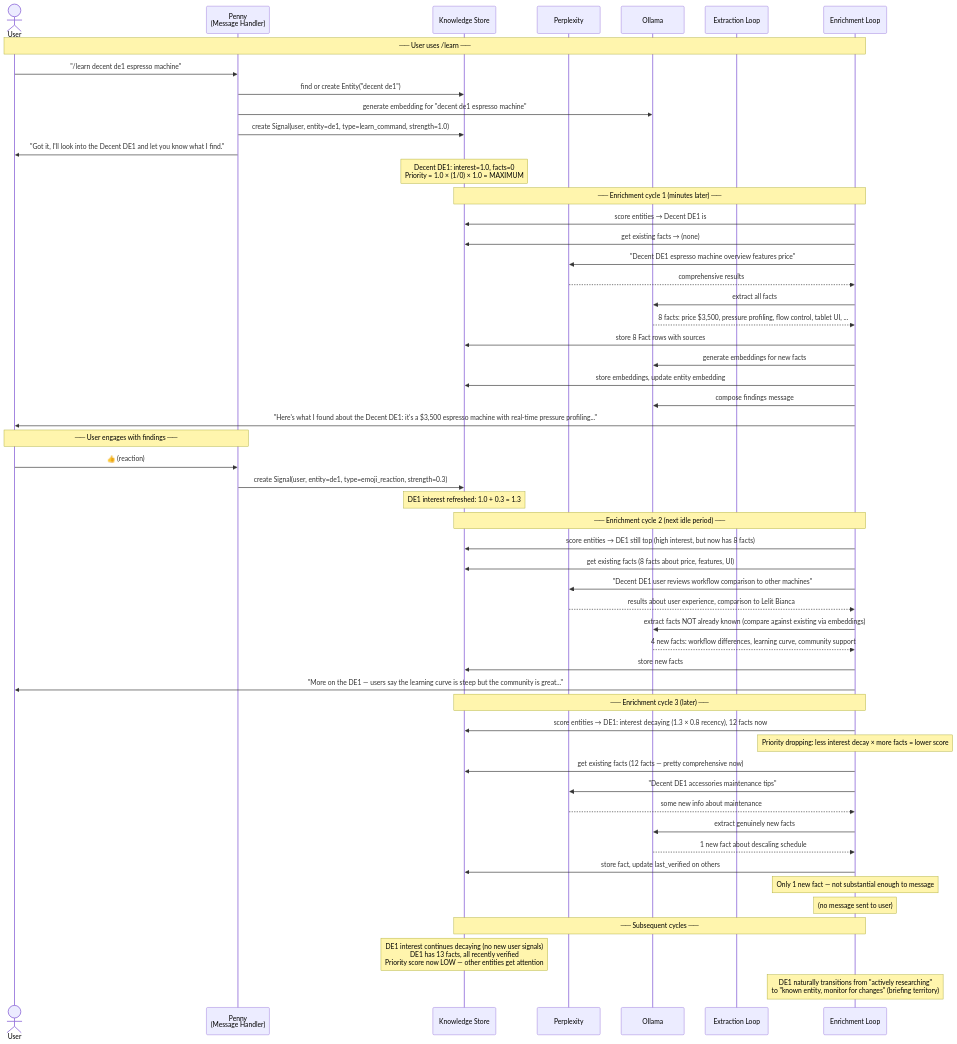
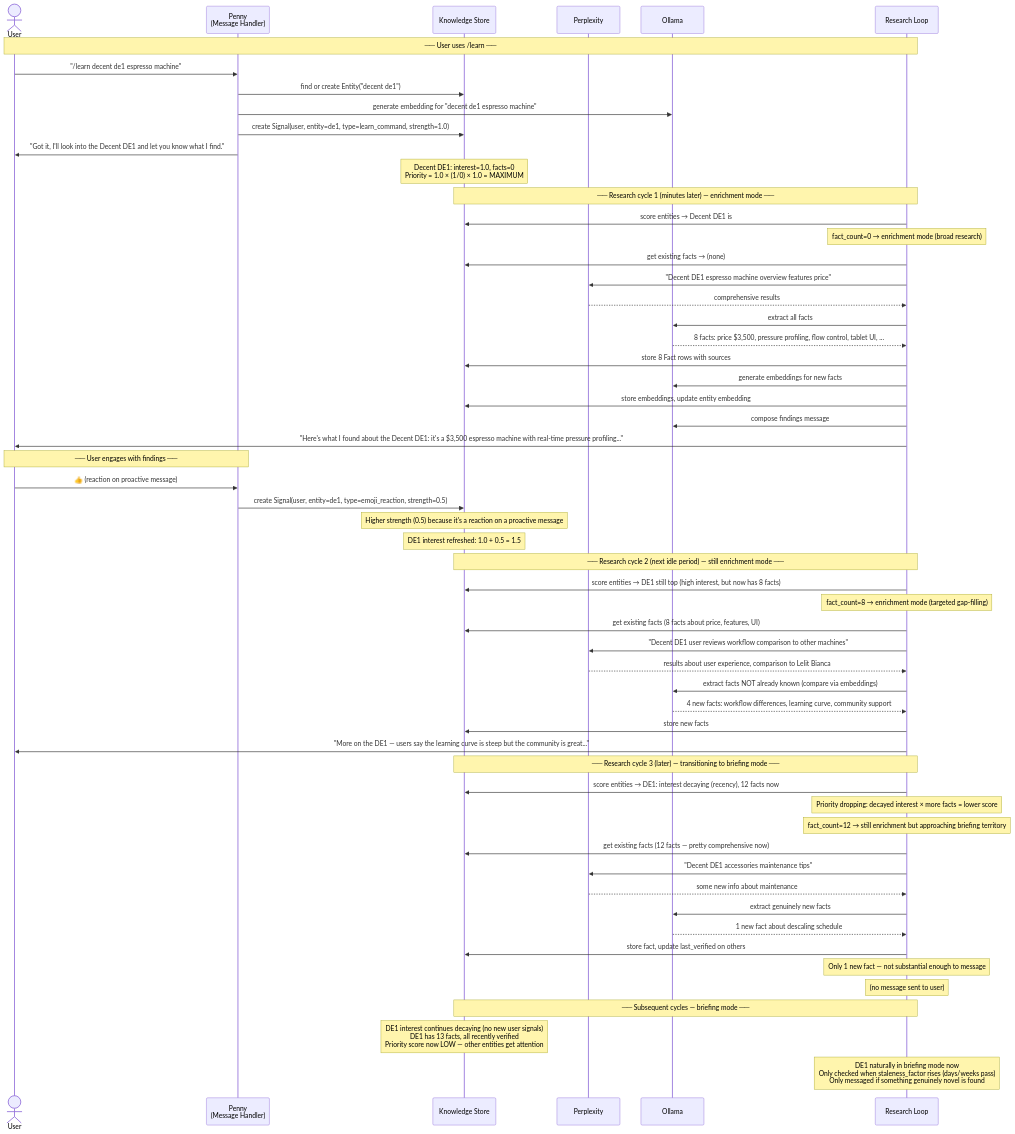
The second of 6 diagrams in docs/knowledge-system-flows.md (jaredlockhart/penny), drawn with Mermaid before and after one commit. The commit also changed other lines of this file and 1 other file, not shown here.

First line of the commit message:
docs: update knowledge system plan and flows for review findings

````diff
--- a/docs/knowledge-system-flows.md
+++ b/docs/knowledge-system-flows.md
@@ -95,70 +98,73 @@
 ```mermaid
 sequenceDiagram
     actor User
     participant Penny as Penny<br/>(Message Handler)
     participant DB as Knowledge Store
     participant Search as Perplexity
     participant LLM as Ollama
-    participant Extract as Extraction Loop
-    participant Enrich as Enrichment Loop
+    participant Research as Research Loop
 
-    Note over User,Enrich: ── User uses /learn ──
+    Note over User,Research: ── User uses /learn ──
 
     User->>Penny: "/learn decent de1 espresso machine"
     Penny->>DB: find or create Entity("decent de1")
     Penny->>LLM: generate embedding for "decent de1 espresso machine"
     Penny->>DB: create Signal(user, entity=de1, type=learn_command, strength=1.0)
     Penny->>User: "Got it, I'll look into the Decent DE1 and let you know what I find."
 
     Note over DB: Decent DE1: interest=1.0, facts=0<br/>Priority = 1.0 × (1/0) × 1.0 = MAXIMUM
 
-    Note over Enrich,DB: ── Enrichment cycle 1 (minutes later) ──
+    Note over Research,DB: ── Research cycle 1 (minutes later) — enrichment mode ──
 
-    Enrich->>DB: score entities → Decent DE1 is #1 priority (max interest, zero facts)
-    Enrich->>DB: get existing facts → (none)
-    Enrich->>Search: "Decent DE1 espresso machine overview features price"
-    Search-->>Enrich: comprehensive results
-    Enrich->>LLM: extract all facts
-    LLM-->>Enrich: 8 facts: price $3,500, pressure profiling, flow control, tablet UI, ...
-    Enrich->>DB: store 8 Fact rows with sources
-    Enrich->>LLM: generate embeddings for new facts
-    Enrich->>DB: store embeddings, update entity embedding
-    Enrich->>LLM: compose findings message
-    Enrich->>User: "Here's what I found about the Decent DE1: it's a $3,500 espresso machine with real-time pressure profiling..."
+    Research->>DB: score entities → Decent DE1 is #1 (max interest, zero facts)
+    Note over Research: fact_count=0 → enrichment mode (broad research)
+    Research->>DB: get existing facts → (none)
+    Research->>Search: "Decent DE1 espresso machine overview features price"
+    Search-->>Research: comprehensive results
+    Research->>LLM: extract all facts
+    LLM-->>Research: 8 facts: price $3,500, pressure profiling, flow control, tablet UI, ...
+    Research->>DB: store 8 Fact rows with sources
+    Research->>LLM: generate embeddings for new facts
+    Research->>DB: store embeddings, update entity embedding
+    Research->>LLM: compose findings message
+    Research->>User: "Here's what I found about the Decent DE1: it's a $3,500 espresso machine with real-time pressure profiling..."
 
     Note over User,Penny: ── User engages with findings ──
 
-    User->>Penny: 👍 (reaction)
-    Penny->>DB: create Signal(user, entity=de1, type=emoji_reaction, strength=0.3)
+    User->>Penny: 👍 (reaction on proactive message)
+    Penny->>DB: create Signal(user, entity=de1, type=emoji_reaction, strength=0.5)
+    Note over DB: Higher strength (0.5) because it's a reaction on a proactive message
 
-    Note over DB: DE1 interest refreshed: 1.0 + 0.3 = 1.3
+    Note over DB: DE1 interest refreshed: 1.0 + 0.5 = 1.5
 
-    Note over Enrich,DB: ── Enrichment cycle 2 (next idle period) ──
+    Note over Research,DB: ── Research cycle 2 (next idle period) — still enrichment mode ──
 
-    Enrich->>DB: score entities → DE1 still top (high interest, but now has 8 facts)
-    Enrich->>DB: get existing facts (8 facts about price, features, UI)
-    Enrich->>Search: "Decent DE1 user reviews workflow comparison to other machines"
-    Search-->>Enrich: results about user experience, comparison to Lelit Bianca
-    Enrich->>LLM: extract facts NOT already known (compare against existing via embeddings)
-    LLM-->>Enrich: 4 new facts: workflow differences, learning curve, community support
-    Enrich->>DB: store new facts
-    Enrich->>User: "More on the DE1 — users say the learning curve is steep but the community is great..."
+    Research->>DB: score entities → DE1 still top (high interest, but now has 8 facts)
+    Note over Research: fact_count=8 → enrichment mode (targeted gap-filling)
+    Research->>DB: get existing facts (8 facts about price, features, UI)
+    Research->>Search: "Decent DE1 user reviews workflow comparison to other machines"
+    Search-->>Research: results about user experience, comparison to Lelit Bianca
+    Research->>LLM: extract facts NOT already known (compare via embeddings)
+    LLM-->>Research: 4 new facts: workflow differences, learning curve, community support
+    Research->>DB: store new facts
+    Research->>User: "More on the DE1 — users say the learning curve is steep but the community is great..."
 
-    Note over Enrich,DB: ── Enrichment cycle 3 (later) ──
+    Note over Research,DB: ── Research cycle 3 (later) — transitioning to briefing mode ──
 
-    Enrich->>DB: score entities → DE1: interest decaying (1.3 × 0.8 recency), 12 facts now
-    Note over Enrich: Priority dropping: less interest decay × more facts = lower score
-    Enrich->>DB: get existing facts (12 facts — pretty comprehensive now)
-    Enrich->>Search: "Decent DE1 accessories maintenance tips"
-    Search-->>Enrich: some new info about maintenance
-    Enrich->>LLM: extract genuinely new facts
-    LLM-->>Enrich: 1 new fact about descaling schedule
-    Enrich->>DB: store fact, update last_verified on others
-    Note over Enrich: Only 1 new fact — not substantial enough to message
-    Note over Enrich: (no message sent to user)
+    Research->>DB: score entities → DE1: interest decaying (recency), 12 facts now
+    Note over Research: Priority dropping: decayed interest × more facts = lower score
+    Note over Research: fact_count=12 → still enrichment but approaching briefing territory
+    Research->>DB: get existing facts (12 facts — pretty comprehensive now)
+    Research->>Search: "Decent DE1 accessories maintenance tips"
+    Search-->>Research: some new info about maintenance
+    Research->>LLM: extract genuinely new facts
+    LLM-->>Research: 1 new fact about descaling schedule
+    Research->>DB: store fact, update last_verified on others
+    Note over Research: Only 1 new fact — not substantial enough to message
+    Note over Research: (no message sent to user)
 
-    Note over Enrich,DB: ── Subsequent cycles ──
+    Note over Research,DB: ── Subsequent cycles — briefing mode ──
 
     Note over DB: DE1 interest continues decaying (no new user signals)<br/>DE1 has 13 facts, all recently verified<br/>Priority score now LOW — other entities get attention
-    Note over Enrich: DE1 naturally transitions from "actively researching"<br/>to "known entity, monitor for changes" (briefing territory)
+    Note over Research: DE1 naturally in briefing mode now<br/>Only checked when staleness_factor rises (days/weeks pass)<br/>Only messaged if something genuinely novel is found
 ```
````
